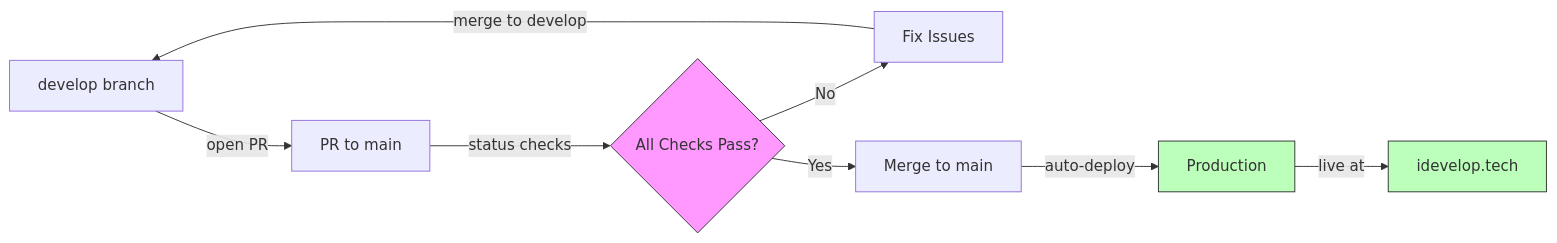
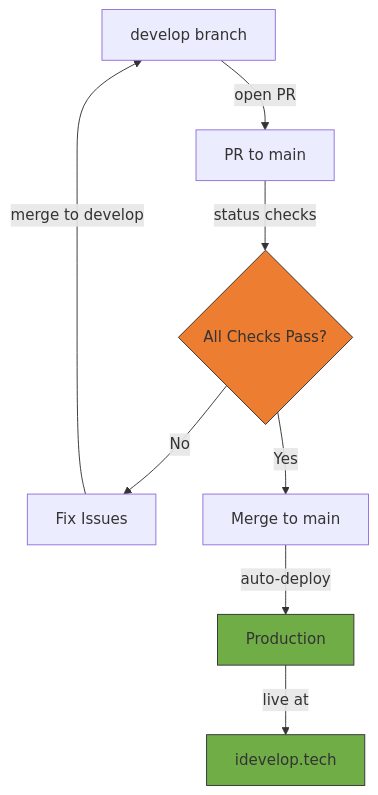
One commit to mattlucian/idevelop.tech changed the third of 4 diagrams in README.md. Above: the diagram before and after it, drawn with Mermaid. The commit also changed other lines of this file, not shown here.

First line of the commit message:
refactor: Make CI/CD diagrams vertical with better colors

````diff
--- a/README.md
+++ b/README.md
@@ -135,14 +135,14 @@
 ```mermaid
-graph LR
+graph TB
     A[develop branch] -->|open PR| B[PR to main]
     B -->|status checks| C{All Checks Pass?}
     C -->|No| D[Fix Issues]
     D -->|merge to develop| A
     C -->|Yes| E[Merge to main]
     E -->|auto-deploy| F[Production]
     F -->|live at| G[idevelop.tech]
 
-    style C fill:#f9f,stroke:#333
-    style F fill:#bfb,stroke:#333
-    style G fill:#bfb,stroke:#333
+    style C fill:#ed7d31,stroke:#333
+    style F fill:#70ad47,stroke:#333
+    style G fill:#70ad47,stroke:#333
 ```
````
